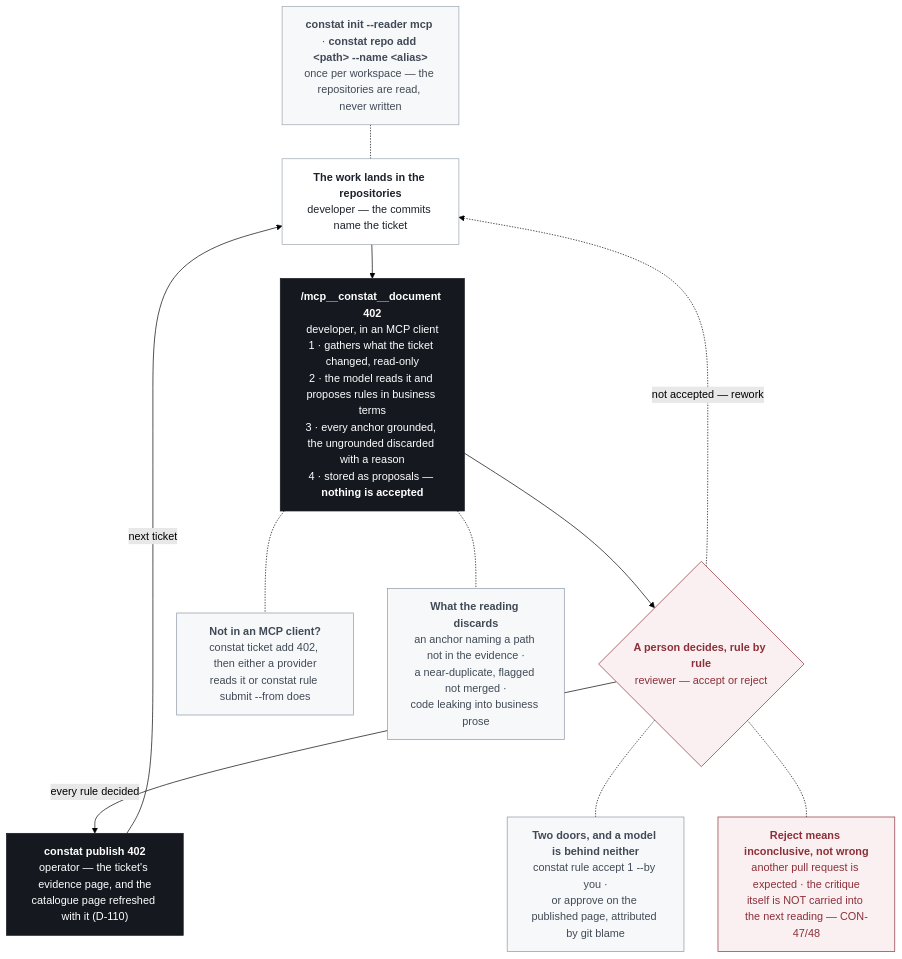
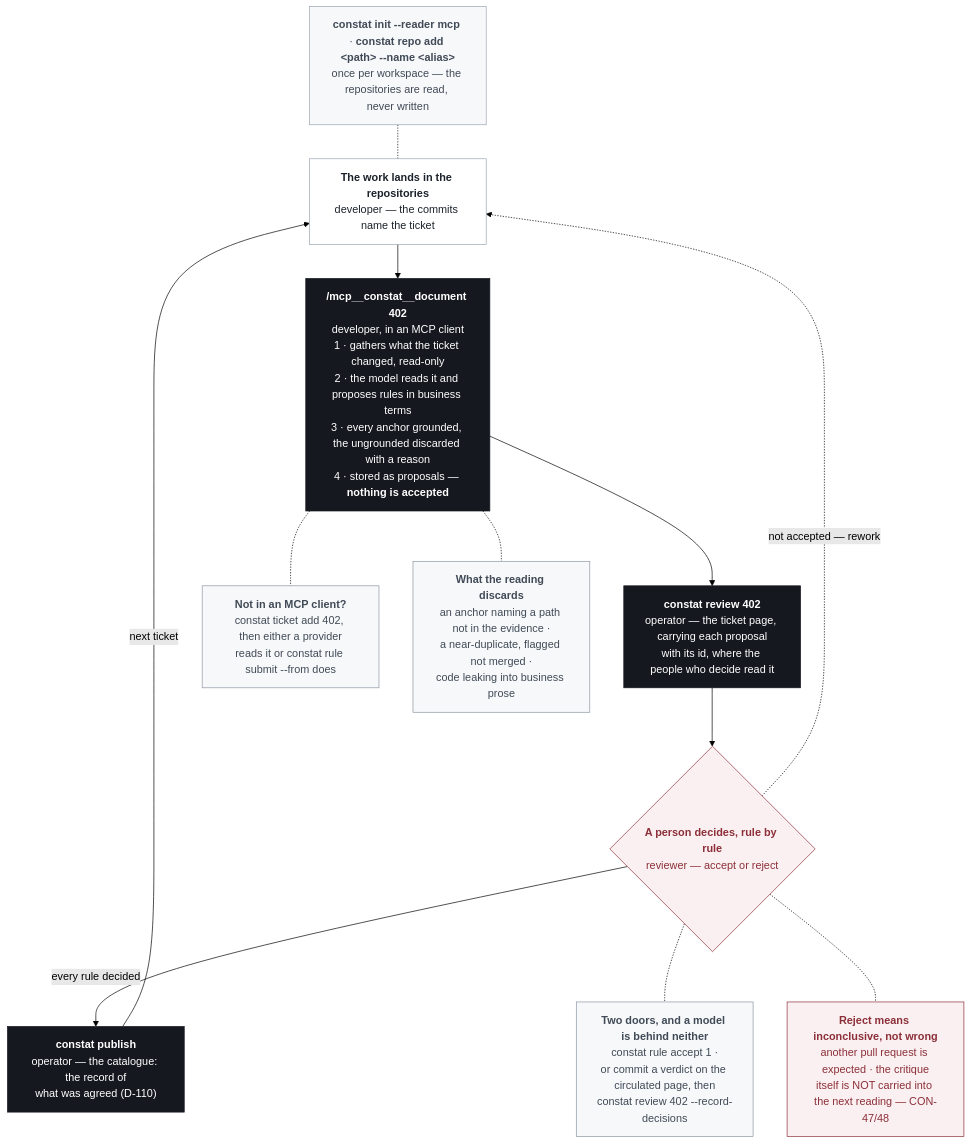
The diagram in LOOP.md (padjis/constat), drawn with Mermaid (forest theme) before and after one commit. The commit also changed other lines of this file and 10 other files, not shown here.

````diff
--- a/LOOP.md
+++ b/LOOP.md
@@ -17,42 +17,44 @@
 ```mermaid
 flowchart TD
     SETUP["<b>constat init --reader mcp</b> · <b>constat repo add &lt;path&gt; --name &lt;alias&gt;</b><br/>once per workspace — the repositories are read, never written"]
 
     WORK["<b>The work lands in the repositories</b><br/>developer — the commits name the ticket"]
 
     DOC["<b>/mcp__constat__document 402</b><br/>developer, in an MCP client<br/>1 · gathers what the ticket changed, read-only<br/>2 · the model reads it and proposes rules in business terms<br/>3 · every anchor grounded, the ungrounded discarded with a reason<br/>4 · stored as proposals — <b>nothing is accepted</b>"]
 
     DECIDE{"<b>A person decides, rule by rule</b><br/>reviewer — accept or reject"}
 
-    PUBLISH["<b>constat publish 402</b><br/>operator — the ticket's evidence page, and the<br/>catalogue page refreshed with it (D-110)"]
+    CIRCULATE["<b>constat review 402</b><br/>operator — the ticket page, carrying each proposal<br/>with its id, where the people who decide read it"]
+
+    PUBLISH["<b>constat publish</b><br/>operator — the catalogue: the record of<br/>what was agreed (D-110)"]
 
     WAYS["<b>Not in an MCP client?</b><br/>constat ticket add 402, then either a provider<br/>reads it or constat rule submit --from does"]
     DISCARD["<b>What the reading discards</b><br/>an anchor naming a path not in the evidence ·<br/>a near-duplicate, flagged not merged ·<br/>code leaking into business prose"]
-    DOORS["<b>Two doors, and a model is behind neither</b><br/>constat rule accept 1 --by you ·<br/>or approve on the published page, attributed by git blame"]
+    DOORS["<b>Two doors, and a model is behind neither</b><br/>constat rule accept 1 ·<br/>or commit a verdict on the circulated page, then<br/>constat review 402 --record-decisions"]
     REWORKNOTE["<b>Reject means inconclusive, not wrong</b><br/>another pull request is expected · the critique<br/>itself is NOT carried into the next reading — CON-47/48"]
 
     SETUP -.- WORK
-    WORK --> DOC --> DECIDE
+    WORK --> DOC --> CIRCULATE --> DECIDE
     DECIDE -->|"every rule decided"| PUBLISH
     DECIDE -.->|"not accepted — rework"| WORK
     PUBLISH -->|"next ticket"| WORK
 
     DOC -.- WAYS
     DOC -.- DISCARD
     DECIDE -.- DOORS
     DECIDE -.- REWORKNOTE
 
     classDef cmd fill:#15181F,stroke:#15181F,color:#FFFFFF
     classDef people fill:#FFFFFF,stroke:#9AA5B1,color:#1C222B
     classDef decide fill:#FAF0F1,stroke:#8C2F39,color:#8C2F39
     classDef note fill:#F7F8FA,stroke:#8B96A3,color:#404A56
     classDef gap fill:#FAF0F1,stroke:#8C2F39,color:#8C2F39
     classDef setup fill:#F7F8FA,stroke:#9AA5B1,color:#404A56
 
-    class DOC,PUBLISH cmd
+    class DOC,CIRCULATE,PUBLISH cmd
     class WORK people
     class DECIDE decide
     class WAYS,DISCARD,DOORS note
     class REWORKNOTE gap
     class SETUP setup
 ```
````
